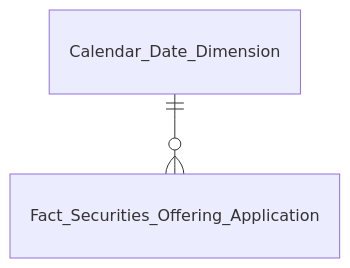
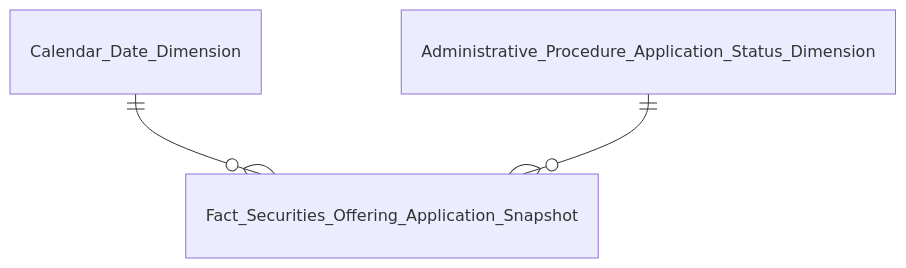
The fourth of 5 diagrams in Datamart/hld/DTM_QLCB_Entities.md (linhlvit/ubck_atomic_design), drawn with Mermaid before and after one commit. The commit also changed other lines of this file and 13 other files, not shown here.

````diff
--- a/Datamart/hld/DTM_QLCB_Entities.md
+++ b/Datamart/hld/DTM_QLCB_Entities.md
@@ -77,4 +83,5 @@
 ```mermaid
 erDiagram
-    Calendar_Date_Dimension ||--o{ Fact_Securities_Offering_Application : " "
+    Calendar_Date_Dimension ||--o{ Fact_Securities_Offering_Application_Snapshot : " "
+    Administrative_Procedure_Application_Status_Dimension ||--o{ Fact_Securities_Offering_Application_Snapshot : " "
 ```
````
